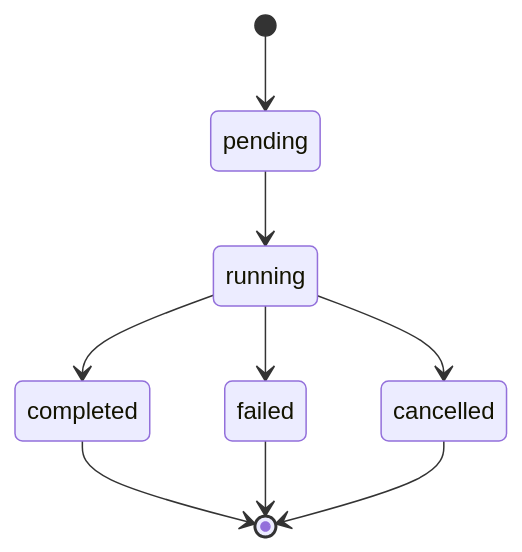
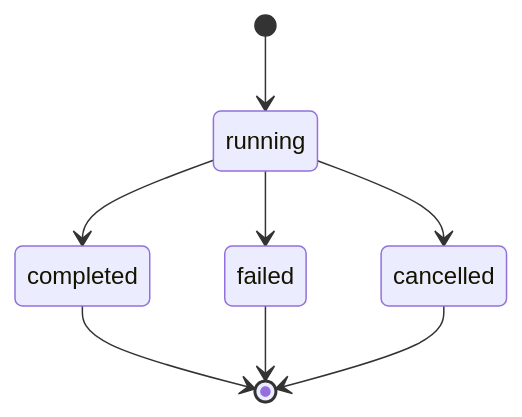
One commit to AlexKaiqi/dataflow changed the diagram in docs/领域模型定义/PipelineExecution.md. Above: the diagram before and after it, drawn with Mermaid. The commit also changed other lines of this file and 1 other file, not shown here.

````diff
--- a/docs/领域模型定义/PipelineExecution.md
+++ b/docs/领域模型定义/PipelineExecution.md
@@ -87,11 +87,10 @@
 ```mermaid
 stateDiagram-v2
-    [*] --> pending
-    pending --> running
+    [*] --> running
     running --> completed
     running --> failed
     running --> cancelled
     completed --> [*]
     failed --> [*]
     cancelled --> [*]
 ```
````
